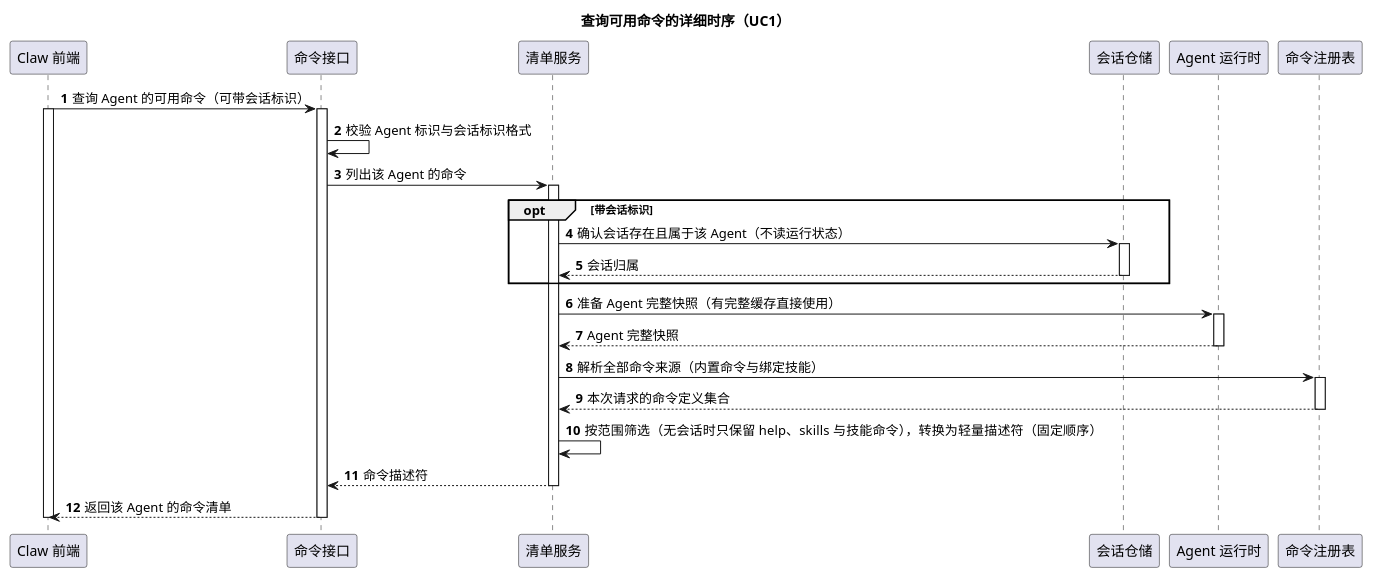
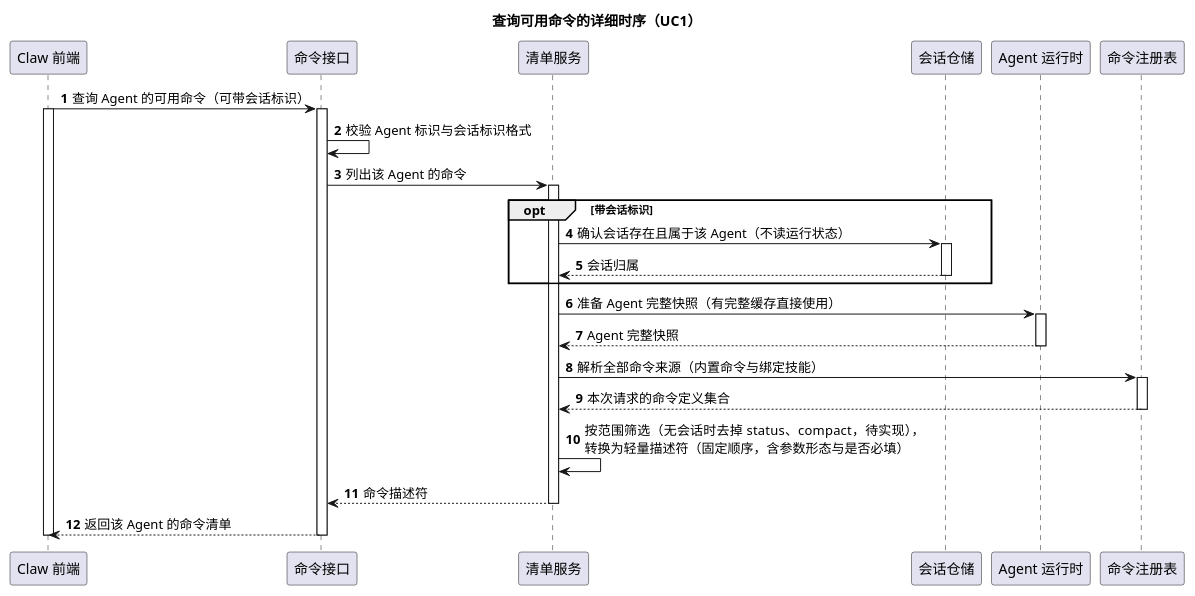
The second of 5 diagrams in 01-总体架构/04-CampusClaw命令系统/diagram.puml (ssm0808/pi-mono-java-design), drawn with PlantUML before and after one commit. The commit also changed other lines of this file and 71 other files, not shown here.

```diff
--- a/01-总体架构/04-CampusClaw命令系统/diagram.puml
+++ b/01-总体架构/04-CampusClaw命令系统/diagram.puml
@@ -38,33 +38,32 @@
 @startuml list_agent_commands
 title 查询可用命令的详细时序（UC1）
-' 源码证据：pi-mono-java@fd431002 modules/coding-agent-cli/src/main/java/com/campusclaw/codingagent/runtimeapi/service/command/CommandCatalogService.java list/completeSnapshot；同包 CompositeCommandRegistry.java resolveComplete；CommandDiscoveryResponseAssembler.java assemble。
-' 源码证据：modules/coding-agent-cli/src/main/java/com/campusclaw/codingagent/runtime/AgentRuntimeManager.java prepare/prepareCached。
-' 已观察行为：当前先读 Session，再用 prepareCached 只读完整缓存；描述依赖会话状态。
-' 设计原因：命令来源只取决于 Agent，改用与创建会话相同的 prepare；可选 sessionId 只确认归属并决定是否包含会话命令，会话状态只在执行准入时使用。
-' 待实现：本图所有按 agentId 与可选 sessionId 的步骤。
+' 源码证据：pi-mono-java@628dca25 modules/coding-agent-cli/src/main/java/com/campusclaw/codingagent/runtimeapi/service/command/CommandCatalogService.java listCommands；同包 CommandListResponseAssembler.java；common ClawConstants.RuntimeApi.Command.SESSIONLESS_BUILTINS。
+' 已观察行为：按 agentId 准备快照，带 sessionId 时先确认归属；不带时只保留 help、skills 与技能命令。
+' 设计原因：命令来源只取决于 Agent；不带 sessionId 时保留对新会话有作用或帮助了解 Agent 的命令，会话状态只在执行准入时使用。
+' 待实现：由 Builtin 定义声明是否只用于已有会话（status、compact），rename 与 argumentRequired。
 skinparam shadowing false
 autonumber
 participant "Claw 前端" as Web
 participant "命令接口" as Api
 participant "清单服务" as Catalog
 participant "会话仓储" as Sessions
 participant "Agent 运行时" as AgentRuntime
 participant "命令注册表" as Registry
 
 Web -> Api ++ : 查询 Agent 的可用命令（可带会话标识）
 activate Web
 Api -> Api : 校验 Agent 标识与会话标识格式
 Api -> Catalog ++ : 列出该 Agent 的命令
 opt 带会话标识
   Catalog -> Sessions ++ : 确认会话存在且属于该 Agent（不读运行状态）
   return 会话归属
 end
 Catalog -> AgentRuntime ++ : 准备 Agent 完整快照（有完整缓存直接使用）
 return Agent 完整快照
 Catalog -> Registry ++ : 解析全部命令来源（内置命令与绑定技能）
 return 本次请求的命令定义集合
-Catalog -> Catalog : 按范围筛选（无会话时只保留 help、skills 与技能命令），转换为轻量描述符（固定顺序）
+Catalog -> Catalog : 按范围筛选（无会话时去掉 status、compact，待实现），\n转换为轻量描述符（固定顺序，含参数形态与是否必填）
 return 命令描述符
 return 返回该 Agent 的命令清单
 deactivate Web
 @enduml
```
